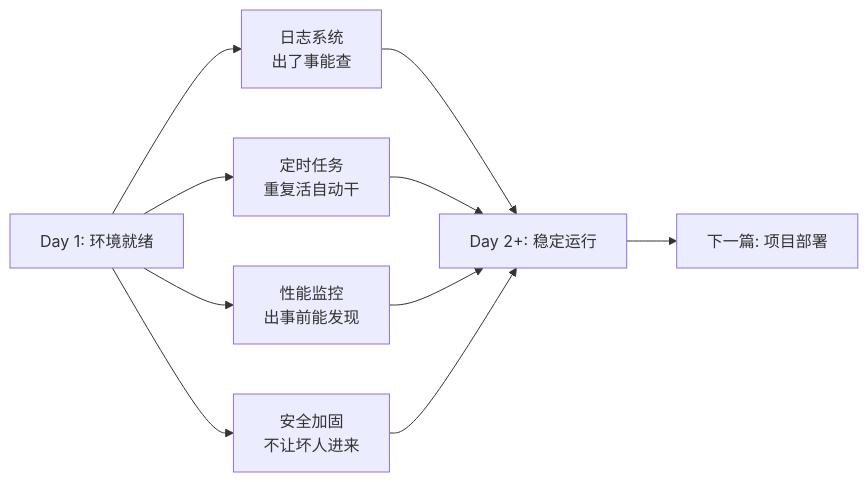
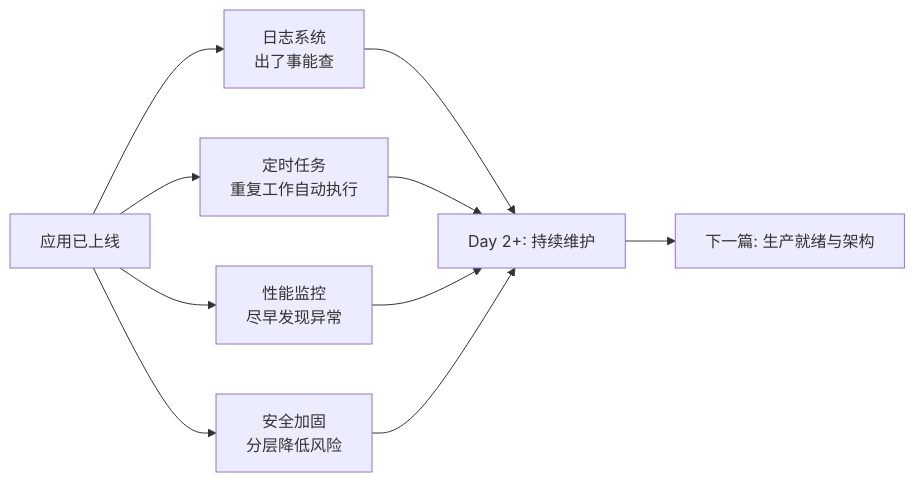
Before and after one commit to luxiag/blog: the first of 4 diagrams in posts/linux/system-ops-and-security.mdx, drawn with Mermaid. The commit also changed other lines of this file and 14 other files, not shown here.

````diff
--- a/posts/linux/system-ops-and-security.mdx
+++ b/posts/linux/system-ops-and-security.mdx
@@ -22,9 +22,9 @@
 ```mermaid
 graph LR
-  A[Day 1: 环境就绪] --> B[日志系统<br/>出了事能查]
-  A --> C[定时任务<br/>重复活自动干]
-  A --> D[性能监控<br/>出事前能发现]
-  A --> E[安全加固<br/>不让坏人进来]
-  B & C & D & E --> F[Day 2+: 稳定运行]
-  F --> G[下一篇: 项目部署]
+  A[应用已上线] --> B[日志系统<br/>出了事能查]
+  A --> C[定时任务<br/>重复工作自动执行]
+  A --> D[性能监控<br/>尽早发现异常]
+  A --> E[安全加固<br/>分层降低风险]
+  B & C & D & E --> F[Day 2+: 持续维护]
+  F --> G[下一篇: 生产就绪与架构]
 ```
````
